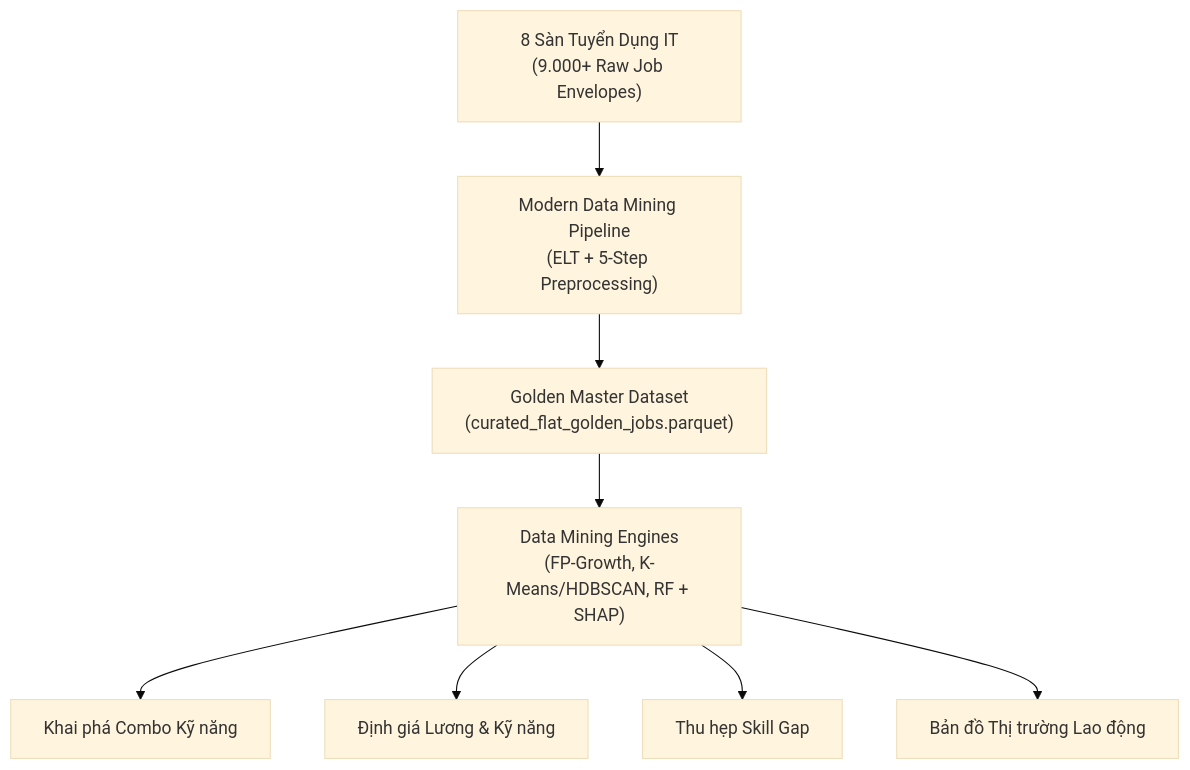
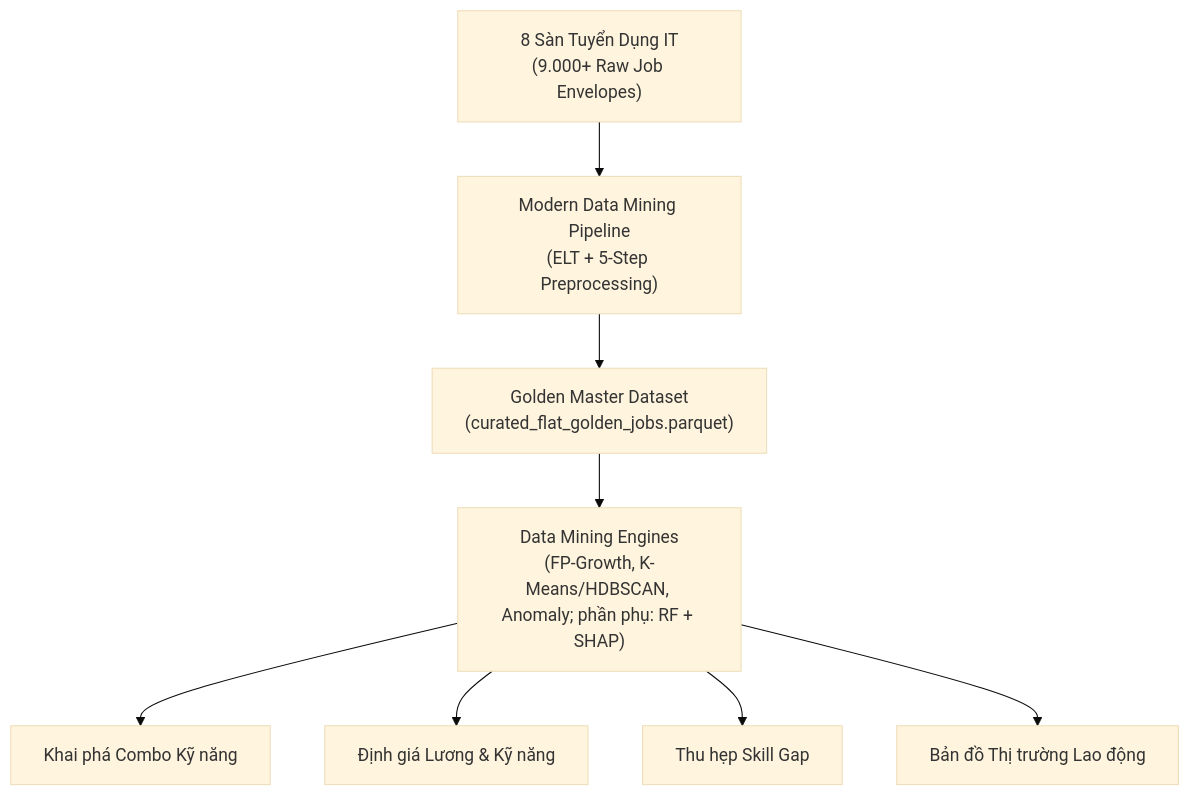
One commit to Archduker/VN-IT-Job-Mining changed the first of 3 diagrams in docs/spec/01_product_spec.md. Above: the diagram before and after it, drawn with Mermaid (base theme). The commit also changed other lines of this file and 203 other files, not shown here.

````diff
--- a/docs/spec/01_product_spec.md
+++ b/docs/spec/01_product_spec.md
@@ -30,10 +30,10 @@
 ```mermaid
 flowchart TD
     RawData["8 Sàn Tuyển Dụng IT\n(9.000+ Raw Job Envelopes)"] --> Pipeline["Modern Data Mining Pipeline\n(ELT + 5-Step Preprocessing)"]
     Pipeline --> GoldenDS["Golden Master Dataset\n(curated_flat_golden_jobs.parquet)"]
-    GoldenDS --> MiningEngine["Data Mining Engines\n(FP-Growth, K-Means/HDBSCAN, RF + SHAP)"]
+    GoldenDS --> MiningEngine["Data Mining Engines\n(FP-Growth, K-Means/HDBSCAN, Anomaly; phần phụ: RF + SHAP)"]
     MiningEngine --> Value1["Khai phá Combo Kỹ năng"]
     MiningEngine --> Value2["Định giá Lương & Kỹ năng"]
     MiningEngine --> Value3["Thu hẹp Skill Gap"]
     MiningEngine --> Value4["Bản đồ Thị trường Lao động"]
 ```
````
